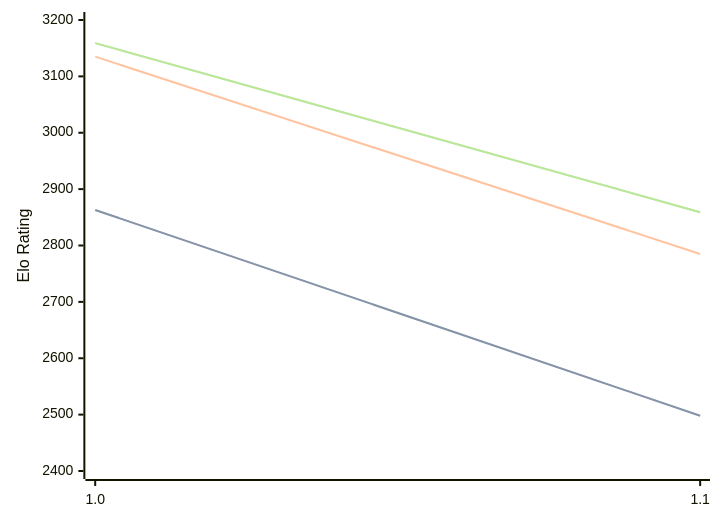
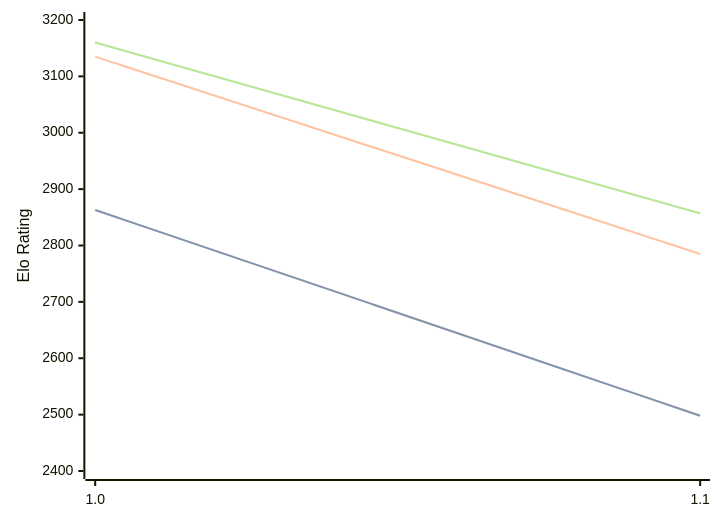
One commit to computer-chess-index/cci changed the diagram in engines/Publius.md. Above: the diagram before and after it, drawn with Mermaid. The commit also changed other lines of this file, not shown here.

Commit message:
Update CCI Ratings (ELO VLTC) - 2026-04-05

````diff
--- a/engines/Publius.md
+++ b/engines/Publius.md
@@ -32,11 +32,11 @@
 ```mermaid
 %%{init: {"theme":"base","themeVariables":{"seriesColors:['#a3a3a3','#222221','#faa371']}}}%%
 xychart-beta
   x-axis ["1.0", "1.1"]
   y-axis "Elo Rating" 2400 --> 3200
   line "STC (8.0+0.08s)" [2863, 2498]
   line "STC (8.0+0.08s)" [2863, 2498]
   line "LTC (60.0+0.60s)" [3135, 2785]
-  line "VLTC (2m24s+1.12s)" [3159, 2859]
-  line "VLTC (2m24s+1.12s)" [3159, 2859]
+  line "VLTC (2m24s+1.12s)" [3160, 2857]
+  line "VLTC (2m24s+1.12s)" [3160, 2857]
 ```
````
